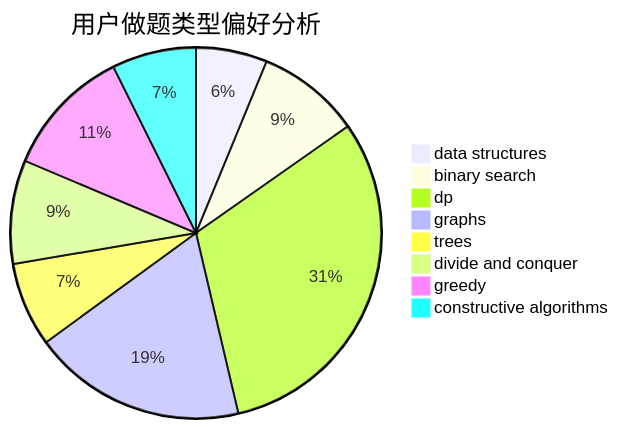
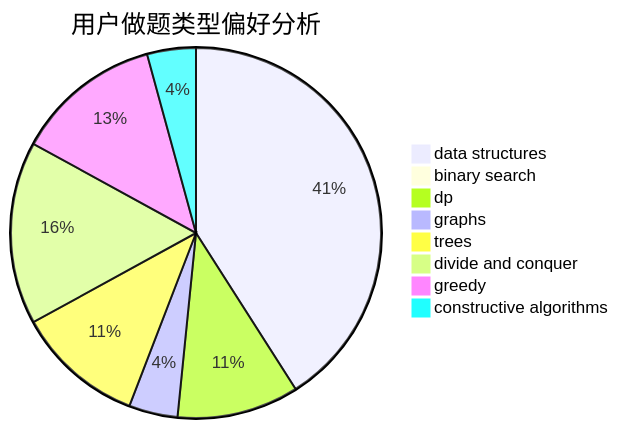
Before and after one commit to sherpahu/cfrs.github.io: the second of 3 diagrams in docs/user/u2483.md, drawn with Mermaid. The commit also changed other lines of this file and 2770 other files, not shown here.

````diff
--- a/docs/user/u2483.md
+++ b/docs/user/u2483.md
@@ -23,11 +23,11 @@
 ```mermaid
 pie title 用户做题类型偏好分析
-    "data structures" :  11
-    "binary search" :  16
-    "dp" :  55
-    "graphs" :  33
-    "trees" :  13
-    "divide and conquer" :  16
-    "greedy" :  20
-    "constructive algorithms" :  13
+    "data structures" :  77
+    "binary search" :  1
+    "dp" :  20
+    "graphs" :  8
+    "trees" :  21
+    "divide and conquer" :  30
+    "greedy" :  24
+    "constructive algorithms" :  8
 ```
````
